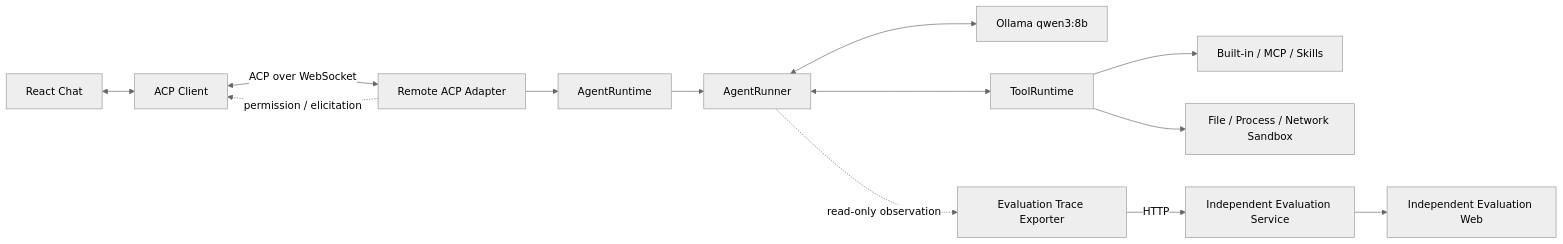
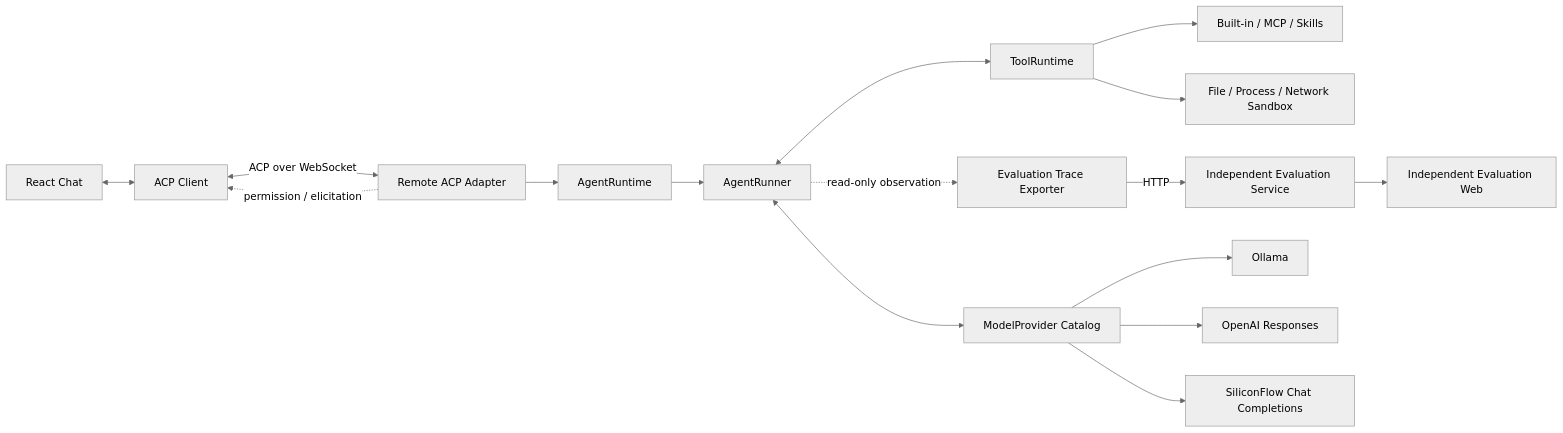
One commit to bambibren/Models-Kindergarten changed the diagram in README.md. Above: the diagram before and after it, drawn with Mermaid (neutral theme). The commit also changed other lines of this file and 242 other files, not shown here.

````diff
--- a/README.md
+++ b/README.md
@@ -7,23 +7,26 @@
 ```mermaid
 flowchart LR
     UI[React Chat]
     ACP[ACP Client]
     Adapter[Remote ACP Adapter]
     Runtime[AgentRuntime]
     Runner[AgentRunner]
-    Model[Ollama qwen3:8b]
+    Model[ModelProvider Catalog]
     Tools[ToolRuntime]
     Capabilities[Built-in / MCP / Skills]
     Sandbox[File / Process / Network Sandbox]
     Exporter[Evaluation Trace Exporter]
     Eval[Independent Evaluation Service]
     EvalUI[Independent Evaluation Web]
 
     UI <--> ACP <-->|ACP over WebSocket| Adapter
     Adapter --> Runtime --> Runner
     Runner <--> Model
+    Model --> Ollama[Ollama]
+    Model --> Responses[OpenAI Responses]
+    Model --> Chat[SiliconFlow Chat Completions]
     Runner <--> Tools --> Capabilities
     Tools --> Sandbox
     Adapter -. permission / elicitation .-> ACP
     Runner -. read-only observation .-> Exporter -->|HTTP| Eval --> EvalUI
 ```
````
